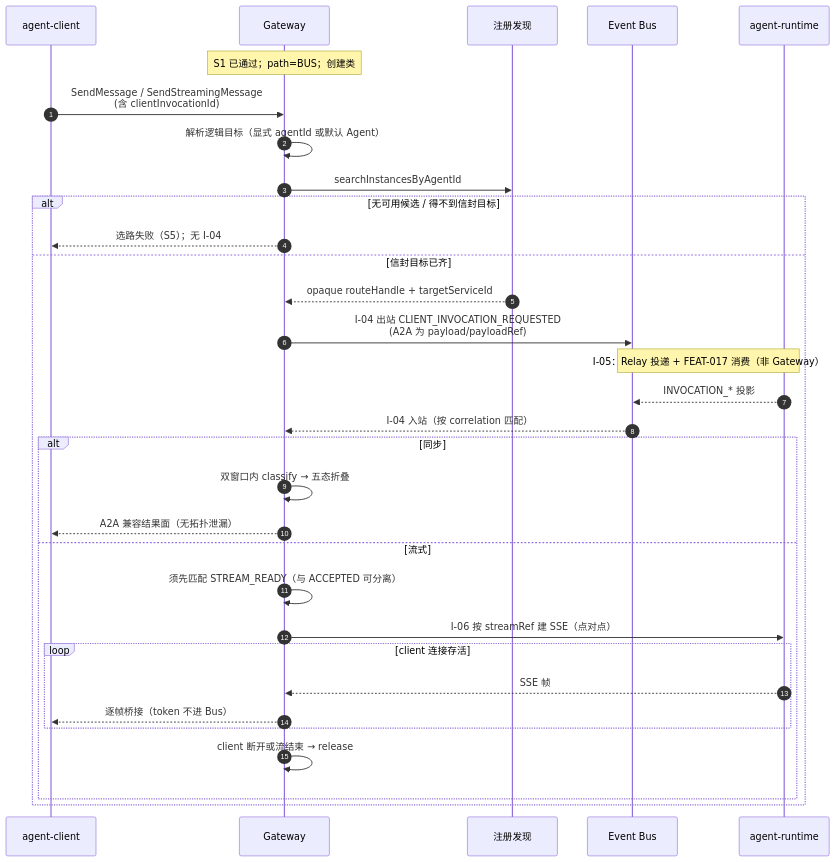
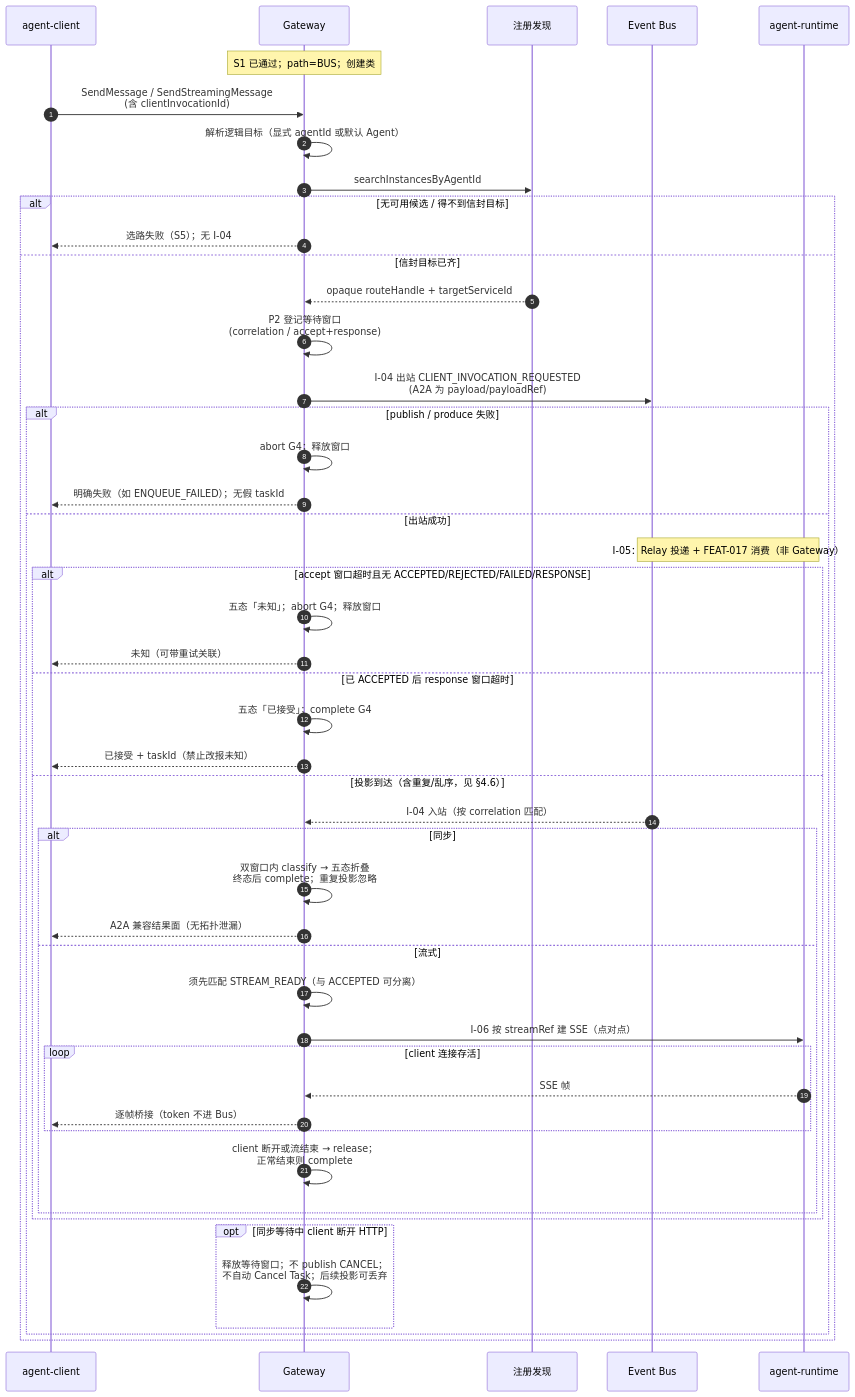
One commit to chaosxingxc-orion/spring-ai-ascend changed the first of 4 diagrams in architecture/L2-Low-Level-Design/agent-gateway/Feat-Func-012-client-invocation-bus-forwarding.md. Above: the diagram before and after it, drawn with Mermaid. The commit also changed other lines of this file, not shown here.

First line of the commit message:
docs(gateway): FEAT-012 L2 — close bus-specific review gaps

````diff
--- a/architecture/L2-Low-Level-Design/agent-gateway/Feat-Func-012-client-invocation-bus-forwarding.md
+++ b/architecture/L2-Low-Level-Design/agent-gateway/Feat-Func-012-client-invocation-bus-forwarding.md
@@ -543,35 +554,51 @@
 ```mermaid
 sequenceDiagram
   autonumber
   participant C as agent-client
   participant GW as Gateway
   participant RDC as 注册发现
   participant Bus as Event Bus
   participant RT as agent-runtime
 
   Note over GW: S1 已通过；path=BUS；创建类
   C->>GW: SendMessage / SendStreamingMessage<br/>(含 clientInvocationId)
   GW->>GW: 解析逻辑目标（显式 agentId 或默认 Agent）
   GW->>RDC: searchInstancesByAgentId
   alt 无可用候选 / 得不到信封目标
     GW-->>C: 选路失败（S5）；无 I-04
   else 信封目标已齐
     RDC-->>GW: opaque routeHandle + targetServiceId
+    GW->>GW: P2 登记等待窗口<br/>(correlation / accept+response)
     GW->>Bus: I-04 出站 CLIENT_INVOCATION_REQUESTED<br/>(A2A 为 payload/payloadRef)
-    Note over Bus,RT: I-05：Relay 投递 + FEAT-017 消费（非 Gateway）
-    RT-->>Bus: INVOCATION_* 投影
-    Bus-->>GW: I-04 入站（按 correlation 匹配）
-    alt 同步
-      GW->>GW: 双窗口内 classify → 五态折叠
-      GW-->>C: A2A 兼容结果面（无拓扑泄漏）
-    else 流式
-      GW->>GW: 须先匹配 STREAM_READY（与 ACCEPTED 可分离）
-      GW->>RT: I-06 按 streamRef 建 SSE（点对点）
-      loop client 连接存活
-        RT-->>GW: SSE 帧
-        GW-->>C: 逐帧桥接（token 不进 Bus）
+    alt publish / produce 失败
+      GW->>GW: abort G4；释放窗口
+      GW-->>C: 明确失败（如 ENQUEUE_FAILED）；无假 taskId
+    else 出站成功
+      Note over Bus,RT: I-05：Relay 投递 + FEAT-017 消费（非 Gateway）
+      alt accept 窗口超时且无 ACCEPTED/REJECTED/FAILED/RESPONSE
+        GW->>GW: 五态「未知」；abort G4；释放窗口
+        GW-->>C: 未知（可带重试关联）
+      else 已 ACCEPTED 后 response 窗口超时
+        GW->>GW: 五态「已接受」；complete G4
+        GW-->>C: 已接受 + taskId（禁止改报未知）
+      else 投影到达（含重复/乱序，见 §4.6）
+        Bus-->>GW: I-04 入站（按 correlation 匹配）
+        alt 同步
+          GW->>GW: 双窗口内 classify → 五态折叠<br/>终态后 complete；重复投影忽略
+          GW-->>C: A2A 兼容结果面（无拓扑泄漏）
+        else 流式
+          GW->>GW: 须先匹配 STREAM_READY（与 ACCEPTED 可分离）
+          GW->>RT: I-06 按 streamRef 建 SSE（点对点）
+          loop client 连接存活
+            RT-->>GW: SSE 帧
+            GW-->>C: 逐帧桥接（token 不进 Bus）
+          end
+          GW->>GW: client 断开或流结束 → release；<br/>正常结束则 complete
+        end
       end
-      GW->>GW: client 断开或流结束 → release
+      opt 同步等待中 client 断开 HTTP
+        GW->>GW: 释放等待窗口；不 publish CANCEL；<br/>不自动 Cancel Task；后续投影可丢弃
+      end
     end
   end
 ```
````
